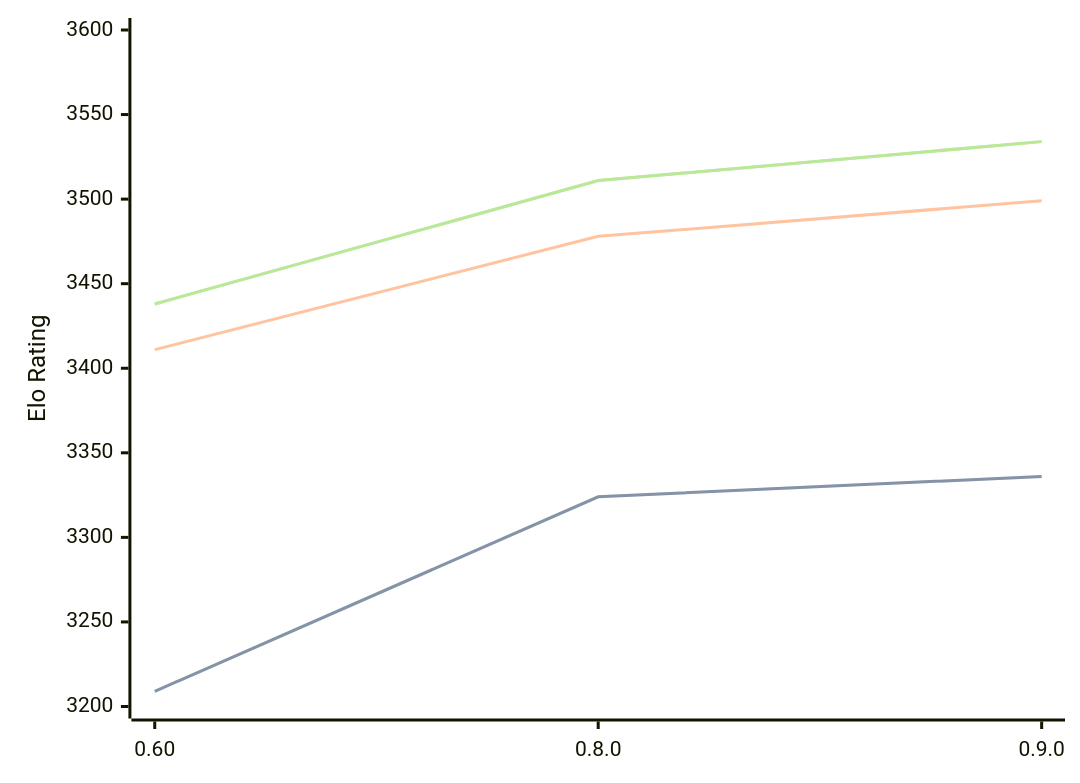
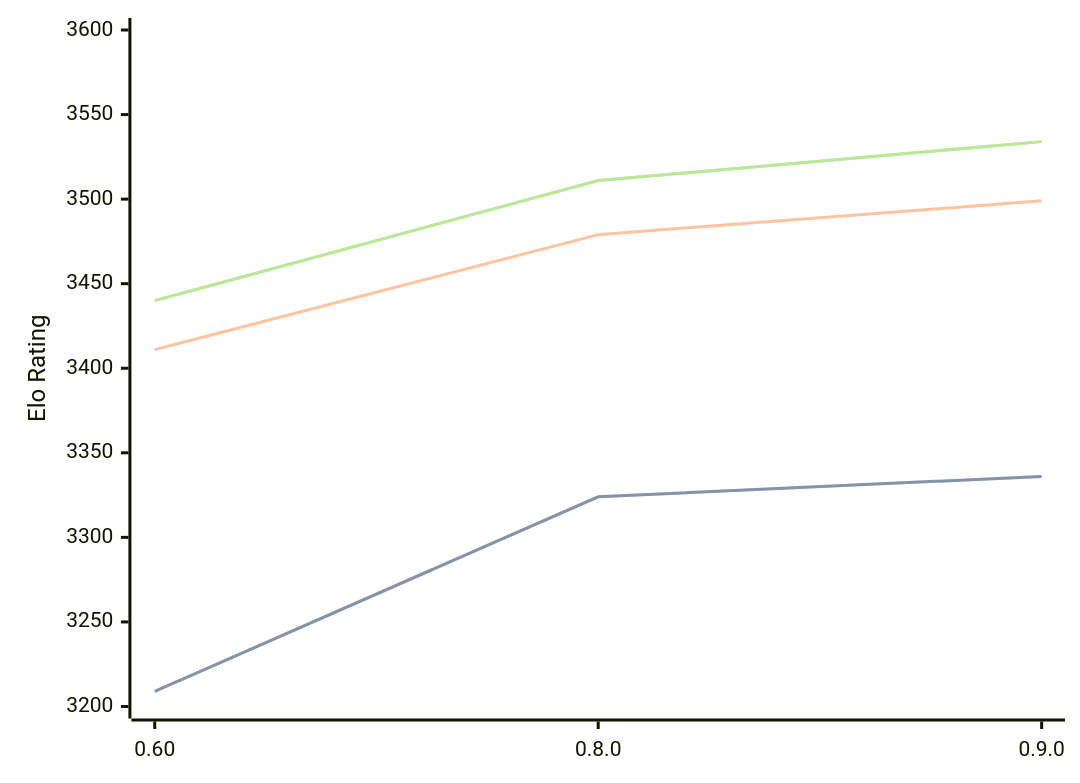
The diagram in engines/Motor.md (computer-chess-index/cci), drawn with Mermaid before and after one commit. The commit also changed other lines of this file, not shown here.

Commit message:
Update CCI Ratings (ELO VLTC) - 2026-08-30

````diff
--- a/engines/Motor.md
+++ b/engines/Motor.md
@@ -33,11 +33,11 @@
 ```mermaid
 %%{init: {"theme":"base","themeVariables":{"seriesColors:['#a3a3a3','#222221','#faa371']}}}%%
 xychart-beta
   x-axis ["0.60", "0.8.0", "0.9.0"]
   y-axis "Elo Rating" 3200 --> 3600
   line "" [3209, 3324, 3336]
   line "STC (8.0+0.08s)" [3209, 3324, 3336]
-  line "LTC (60.0+0.60s)" [3411, 3478, 3499]
-  line "" [3438, 3511, 3534]
-  line "VLTC (2m24s+1.12s)" [3438, 3511, 3534]
+  line "LTC (60.0+0.60s)" [3411, 3479, 3499]
+  line "" [3440, 3511, 3534]
+  line "VLTC (2m24s+1.12s)" [3440, 3511, 3534]
 ```
````
